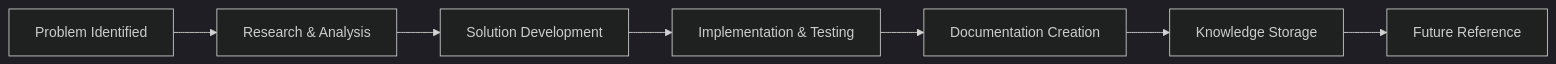
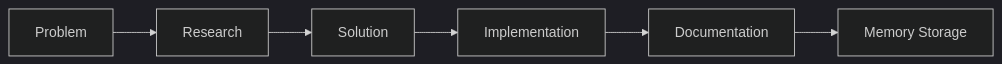
Before and after one commit to amm10090/mcp-memory-service: the diagram in docs/tutorials/demo-session-walkthrough.md, drawn with Mermaid (dark theme). The commit also changed other lines of this file and 81 other files, not shown here.

````diff
--- a/docs/tutorials/demo-session-walkthrough.md
+++ b/docs/tutorials/demo-session-walkthrough.md
@@ -226,9 +107,8 @@
-```mermaid
-graph LR
-    A[Problem Identified] --> B[Research & Analysis]
-    B --> C[Solution Development]
-    C --> D[Implementation & Testing]
-    D --> E[Documentation Creation]
-    E --> F[Knowledge Storage]
-    F --> G[Future Reference]
-```
+   ```mermaid
+   graph LR
+       A[Problem] --> B[Research]
+       B --> C[Solution]
+       C --> D[Implementation]
+       D --> E[Documentation]
+       E --> F[Memory Storage]
+   ```
````
